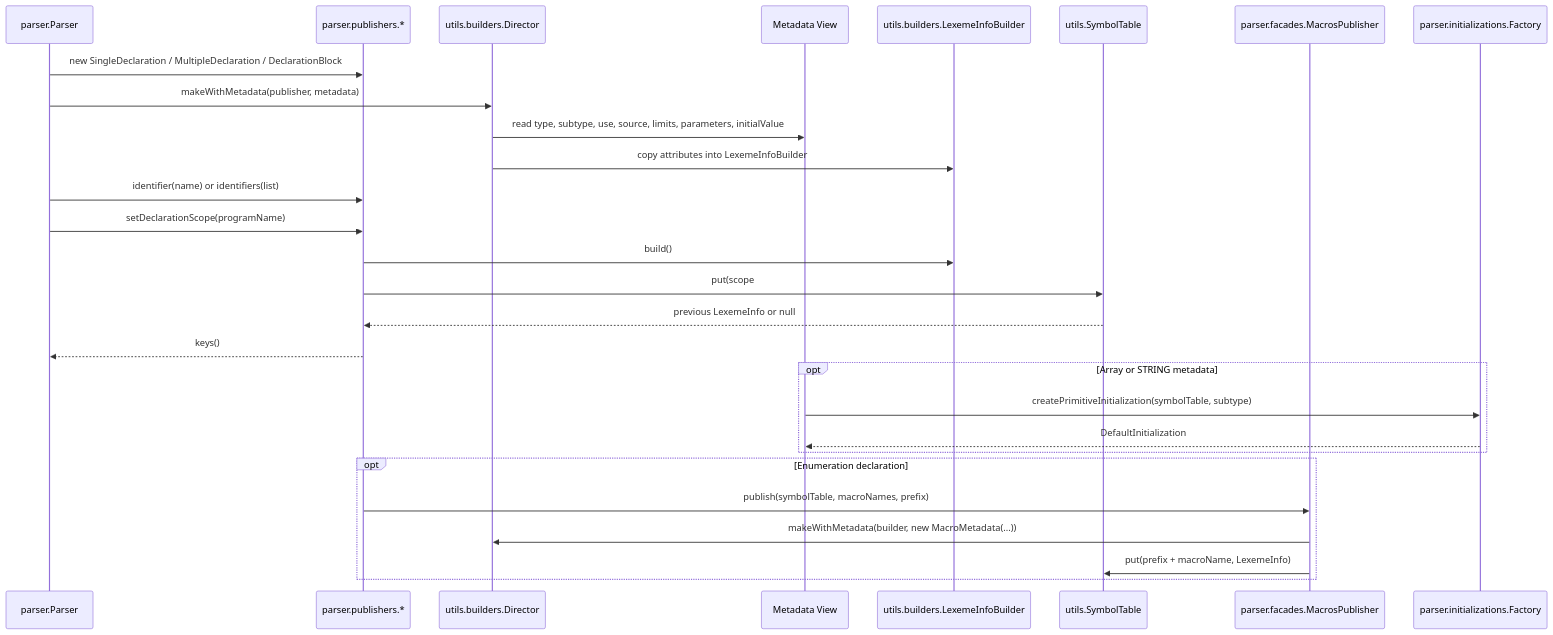
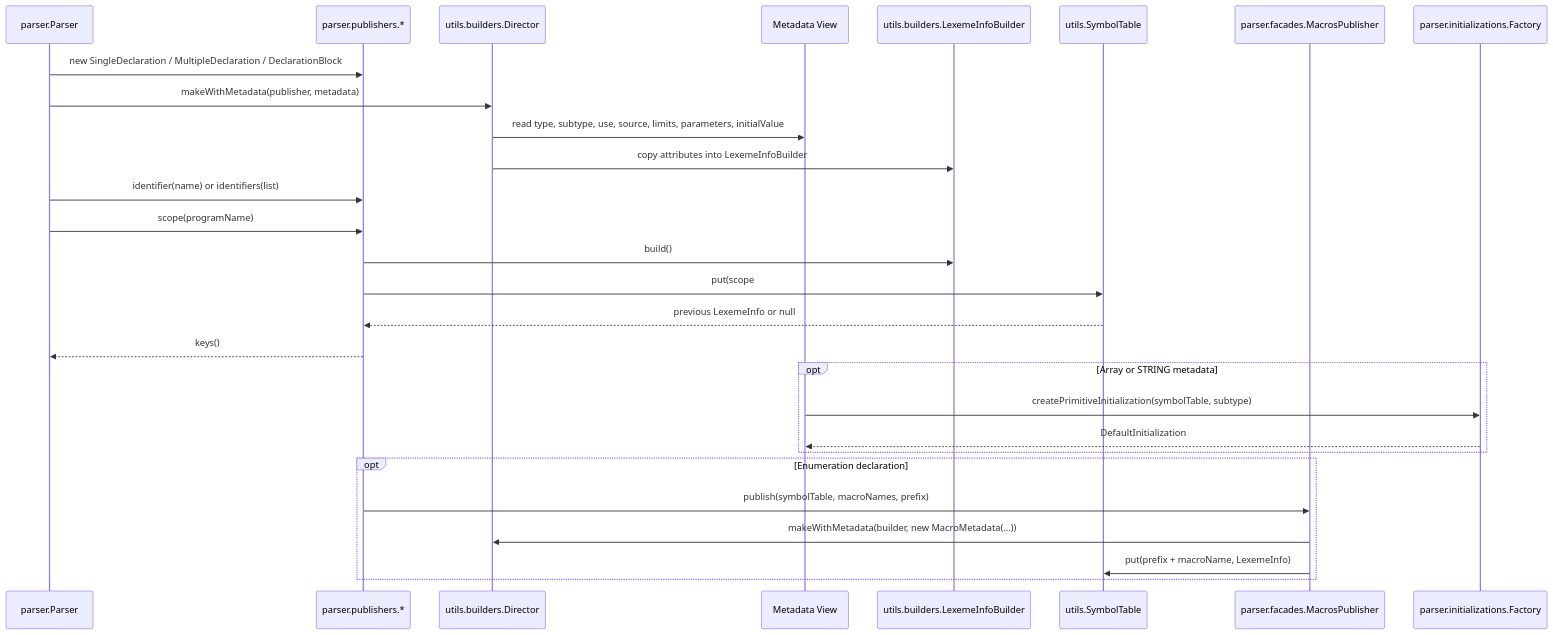
Before and after one commit to PascalUser/FLC-IEC61131-7: the diagram in doc/diagrams/publisher_sequence.mmd, drawn with Mermaid. The commit also changed 191 other files, not shown here.

```diff
--- a/doc/diagrams/publisher_sequence.mmd
+++ b/doc/diagrams/publisher_sequence.mmd
@@ -1,31 +1,31 @@
 sequenceDiagram
     participant Parser as parser.Parser
     participant Publisher as parser.publishers.*
     participant Director as utils.builders.Director
     participant Metadata as Metadata View
     participant Builder as utils.builders.LexemeInfoBuilder
     participant ST as utils.SymbolTable
     participant MacroPub as parser.facades.MacrosPublisher
     participant Factory as parser.initializations.Factory
 
     Parser->>Publisher: new SingleDeclaration / MultipleDeclaration / DeclarationBlock
     Parser->>Director: makeWithMetadata(publisher, metadata)
     Director->>Metadata: read type, subtype, use, source, limits, parameters, initialValue
     Director->>Builder: copy attributes into LexemeInfoBuilder
     Parser->>Publisher: identifier(name) or identifiers(list)
-    Parser->>Publisher: setDeclarationScope(programName)
+    Parser->>Publisher: scope(programName)
     Publisher->>Builder: build()
     Publisher->>ST: put(scope#identifier, LexemeInfo)
     ST-->>Publisher: previous LexemeInfo or null
     Publisher-->>Parser: keys()
 
     opt Array or STRING metadata
         Metadata->>Factory: createPrimitiveInitialization(symbolTable, subtype)
         Factory-->>Metadata: DefaultInitialization
     end
 
     opt Enumeration declaration
         Publisher->>MacroPub: publish(symbolTable, macroNames, prefix)
         MacroPub->>Director: makeWithMetadata(builder, new MacroMetadata(...))
         MacroPub->>ST: put(prefix + macroName, LexemeInfo)
     end
```
